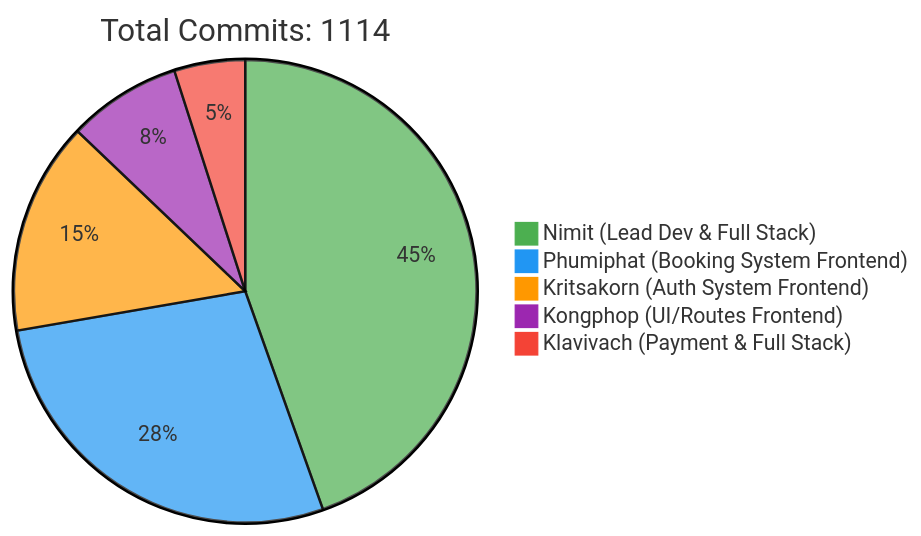
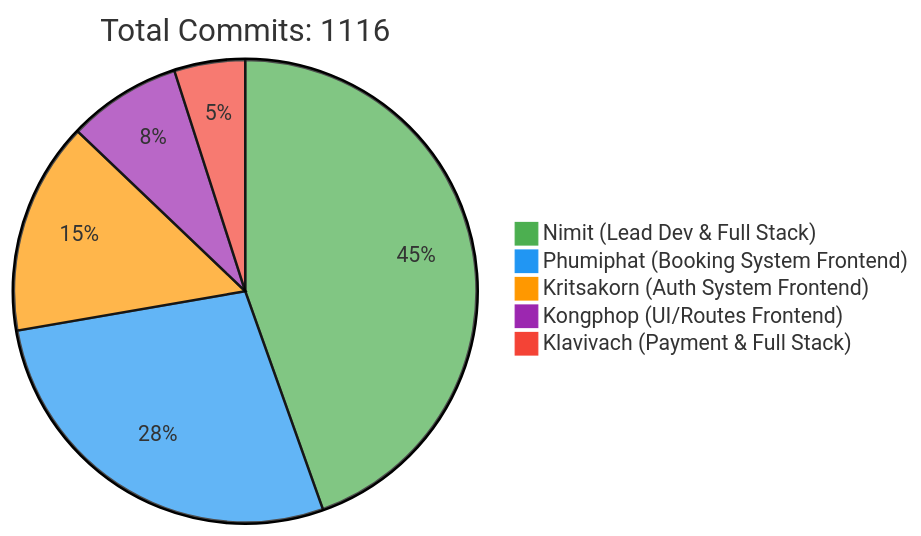
Before and after one commit to 6531503042/Sport-Complex: the first of 2 diagrams in README.md, drawn with Mermaid. The commit also changed other lines of this file, not shown here.

Commit message:
docs: Update contributor statistics [skip ci]

````diff
--- a/README.md
+++ b/README.md
@@ -257,10 +257,10 @@
 ```mermaid
 %%{init: {'theme': 'base', 'themeVariables': { 'pie1': '#4CAF50', 'pie2': '#2196F3', 'pie3': '#FF9800', 'pie4': '#9C27B0', 'pie5': '#F44336'}}}%%
 pie
-    title Total Commits: 1114
+    title Total Commits: 1116
     "Nimit (Lead Dev & Full Stack)" : 450
     "Phumiphat (Booking System Frontend)" : 280
     "Kritsakorn (Auth System Frontend)" : 150
     "Kongphop (UI/Routes Frontend)" : 80
     "Klavivach (Payment & Full Stack)" : 50
 ```
````
